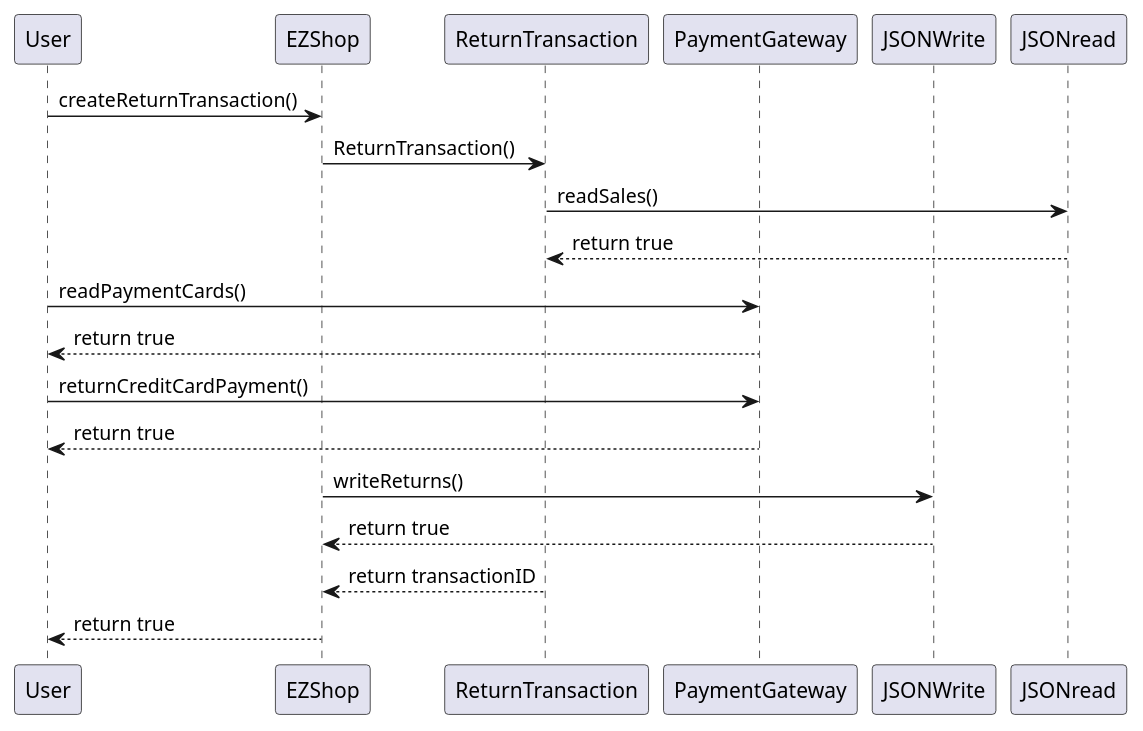
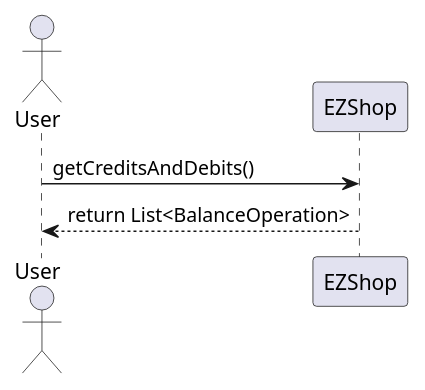
One commit to giuseppesalvi/ezshop changed diagram 20 of 21 in Deliverables/DesignDocument.md. Above: the diagram before and after it, drawn with PlantUML. The commit also changed other lines of this file, not shown here.

Commit message:
Update DesignDocument.md: sequence diagrams

````diff
--- a/Deliverables/DesignDocument.md
+++ b/Deliverables/DesignDocument.md
@@ -594,22 +640,8 @@
 ```plantuml
 @startuml
-participant User
+actor User
 participant EZShop
-participant ReturnTransaction
-participant PaymentGateway
-participant JSONWrite
-participant JSONread
-User -> EZShop : createReturnTransaction()
-EZShop -> ReturnTransaction : ReturnTransaction()
-ReturnTransaction -> JSONread : readSales()
-ReturnTransaction <-- JSONread : return true
-User -> PaymentGateway : readPaymentCards()
-User <-- PaymentGateway : return true
-User -> PaymentGateway : returnCreditCardPayment()
-User <-- PaymentGateway : return true
-EZShop -> JSONWrite : writeReturns()
-EZShop <-- JSONWrite : return true
-EZShop <-- ReturnTransaction : return transactionID
-User <-- EZShop : return true
+User -> EZShop : getCreditsAndDebits()
+User <-- EZShop : return List<BalanceOperation>
 @enduml
 ```
````
